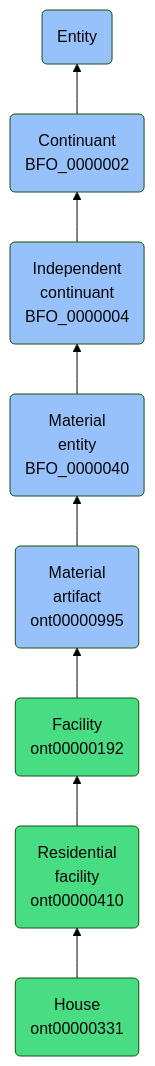
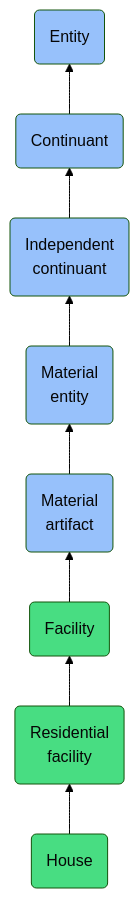
The diagram in docs/ontology/reference/model/Entity/Continuant/Independent continuant/Material entity/Material artifact/Facility/Residential facility/House/House.md (jupyter-naas/abi), drawn with Mermaid (forest theme) before and after one commit. The commit also changed other lines of this file and 1430 other files, not shown here.

````diff
--- a/docs/ontology/reference/model/Entity/Continuant/Independent continuant/Material entity/Material artifact/Facility/Residential facility/House/House.md
+++ b/docs/ontology/reference/model/Entity/Continuant/Independent continuant/Material entity/Material artifact/Facility/Residential facility/House/House.md
@@ -24,15 +24,15 @@
 ```mermaid
 graph BT
-    ont00000331(House<br>ont00000331):::ABI-->ont00000410
-    ont00000410(Residential<br>facility<br>ont00000410):::ABI-->ont00000192
-    ont00000192(Facility<br>ont00000192):::ABI-->ont00000995
-    ont00000995(Material<br>artifact<br>ont00000995):::BFO-->BFO_0000040
-    BFO_0000040(Material<br>entity<br>BFO_0000040):::BFO-->BFO_0000004
-    BFO_0000004(Independent<br>continuant<br>BFO_0000004):::BFO-->BFO_0000002
-    BFO_0000002(Continuant<br>BFO_0000002):::BFO-->BFO_0000001
+    ont00000331(House):::ABI-->ont00000410
+    ont00000410(Residential<br>facility):::ABI-->ont00000192
+    ont00000192(Facility):::ABI-->ont00000995
+    ont00000995(Material<br>artifact):::BFO-->BFO_0000040
+    BFO_0000040(Material<br>entity):::BFO-->BFO_0000004
+    BFO_0000004(Independent<br>continuant):::BFO-->BFO_0000002
+    BFO_0000002(Continuant):::BFO-->BFO_0000001
     BFO_0000001(Entity):::BFO
     
     classDef BFO fill:#97c1fb,color:#060606
     classDef CCO fill:#e4c51e,color:#060606
     classDef ABI fill:#48DD82,color:#060606
 ```
````
